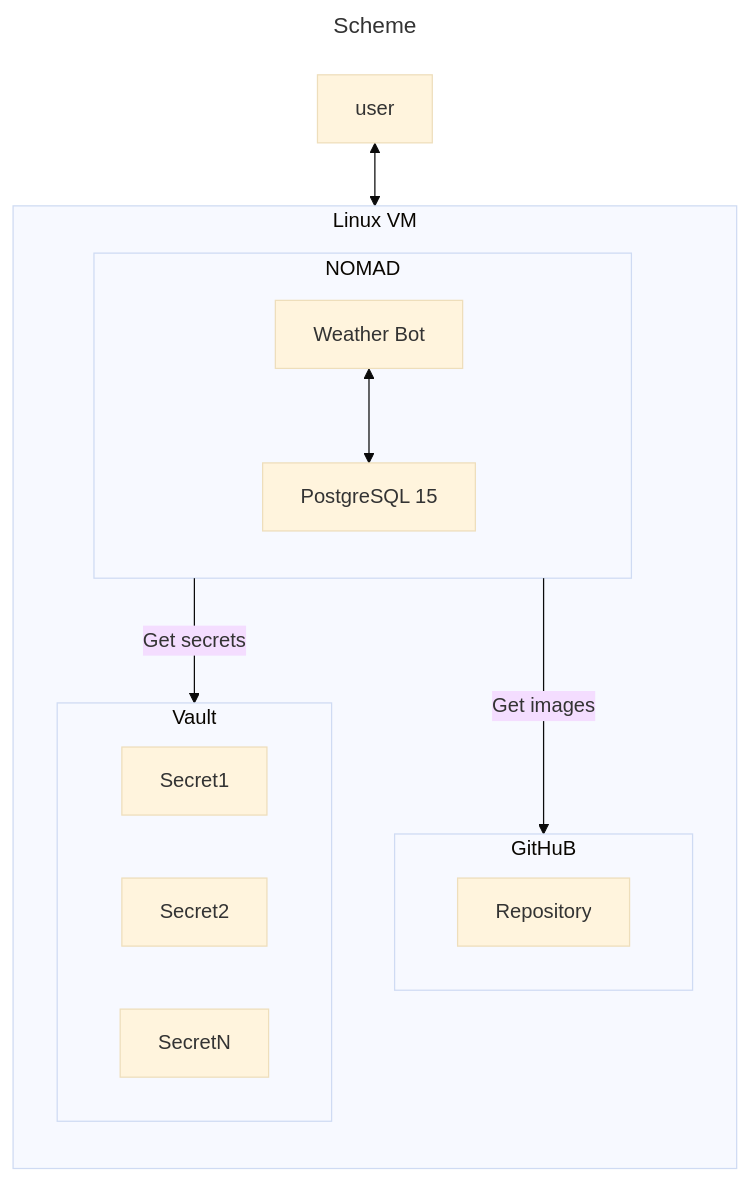
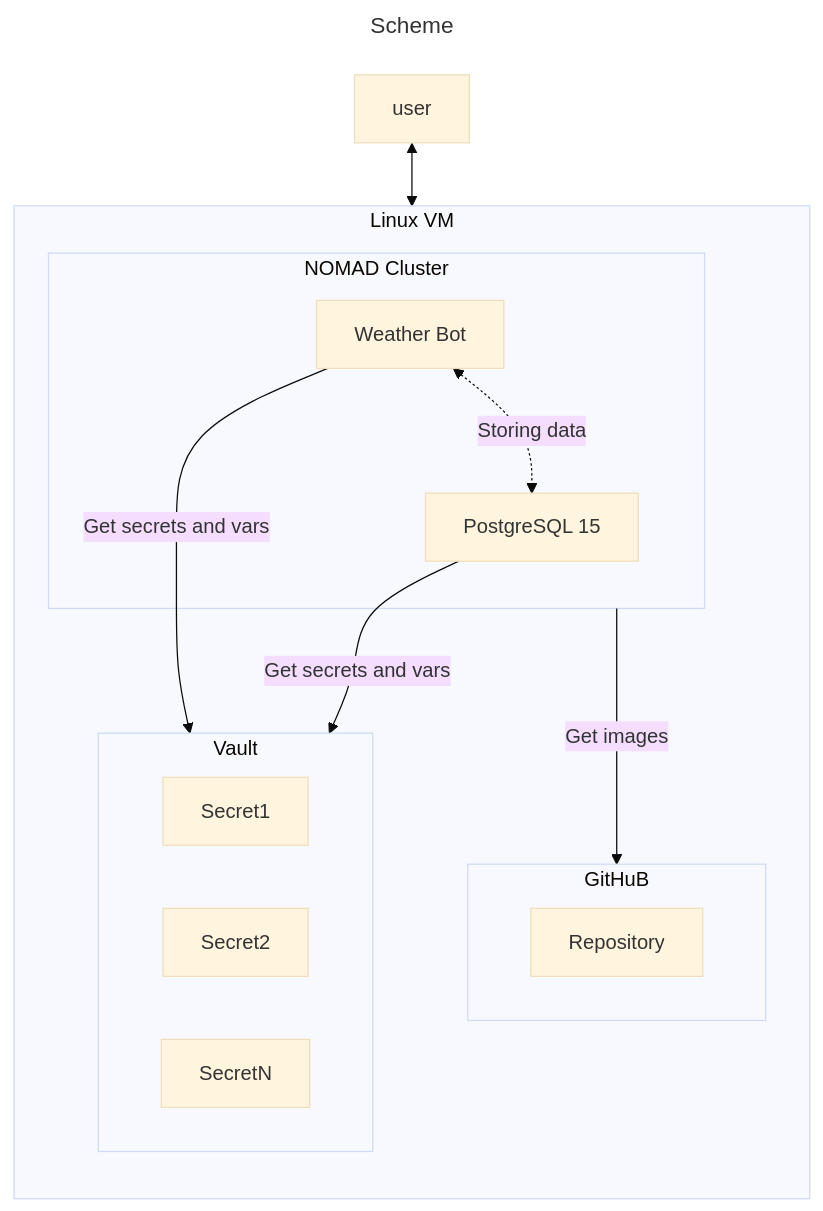
Before and after one commit to lek-x/tg_weather_bot: the first of 3 diagrams in README.md, drawn with Mermaid (base theme). The commit also changed other lines of this file and 10 other files, not shown here.

````diff
--- a/README.md
+++ b/README.md
@@ -31,26 +36,27 @@
 ```mermaid
 ---
 title: Scheme
 ---
 graph TD
   X[user]
   subgraph A[GitHuB]
     B[Repository]
   end
   subgraph C[Linux VM]
     direction TB
-    subgraph D[NOMAD]
+    subgraph D[NOMAD Cluster]
         E[PostgreSQL 15]
         F[Weather Bot]
-        F <--> E
+        F <-.Storing data.-> E
     end
-    D -- Get secrets --> G 
+    F -- Get secrets and vars --> G
+    E -- Get secrets and vars-->G
     D -- Get images-->A
     subgraph G[Vault]
         H[Secret1]
         J[Secret2]
         K[SecretN]
     end
   end
   X <--> F
 ```
````
